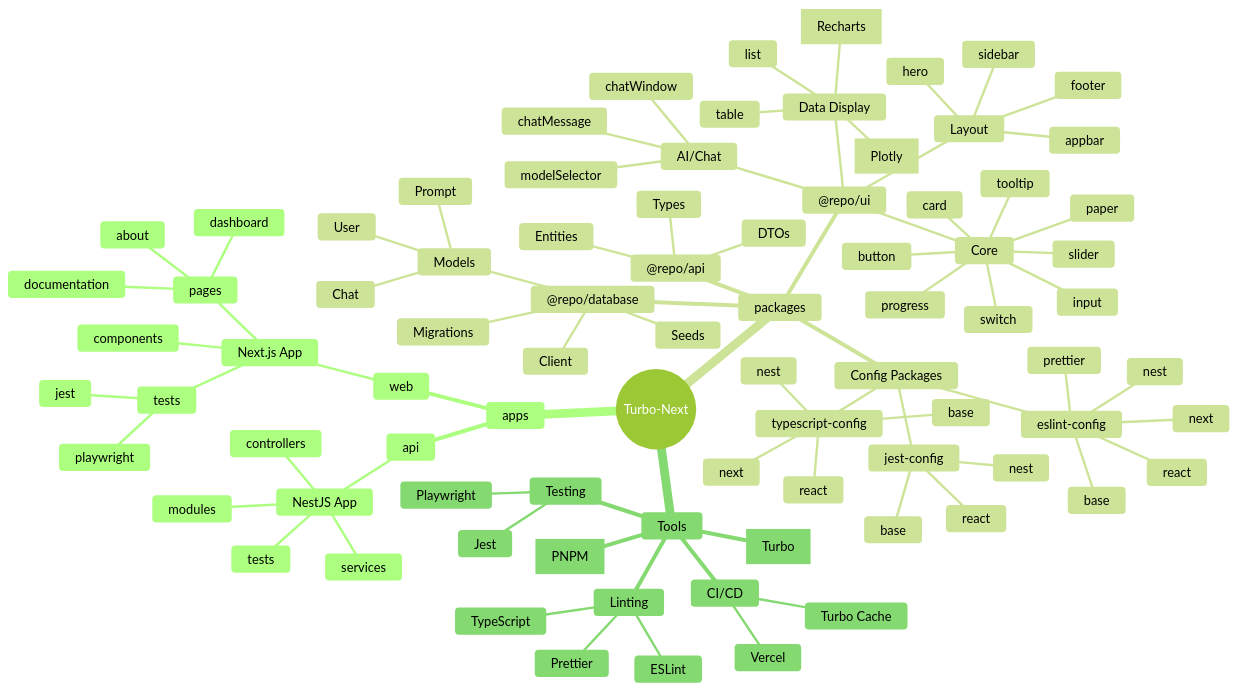
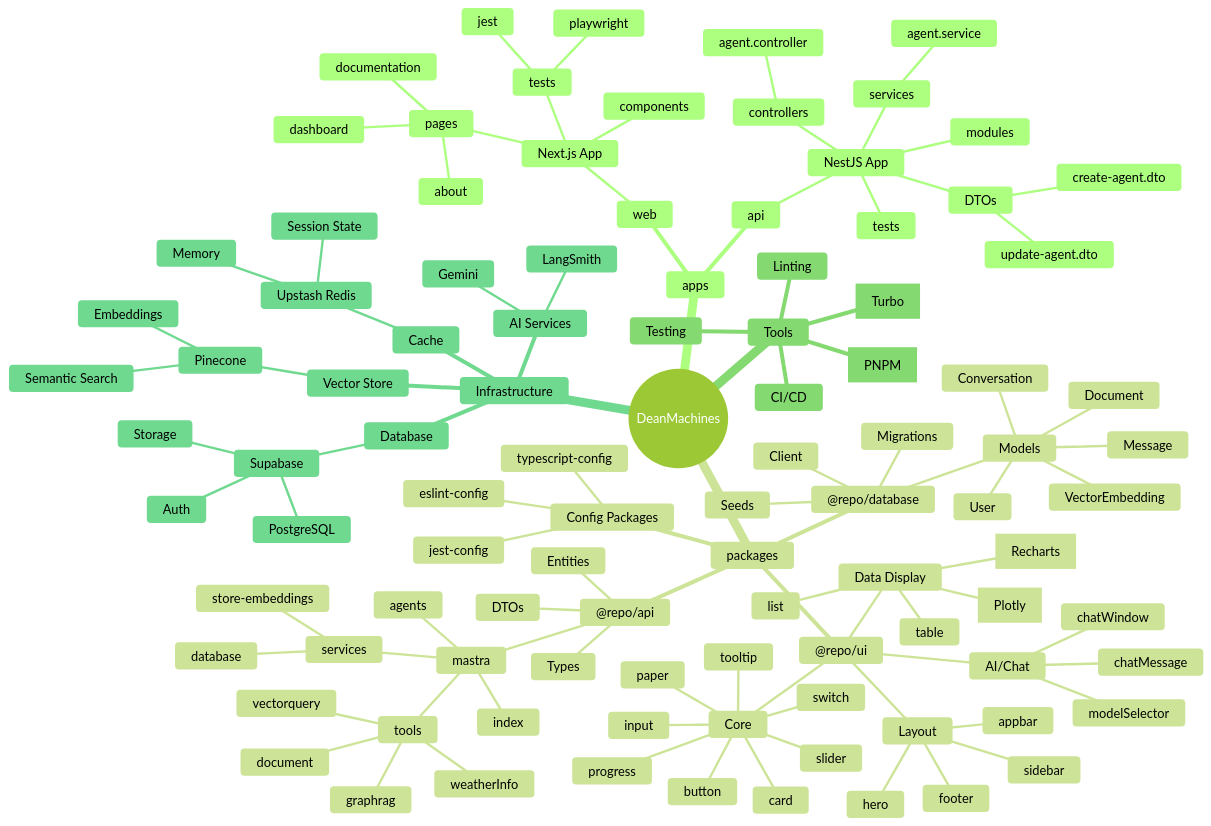
Before and after one commit to ssdeanx/AcidBomb: the first of 2 diagrams in README.md, drawn with Mermaid (forest theme). The commit also changed other lines of this file and 3 other files, not shown here.

````diff
--- a/README.md
+++ b/README.md
@@ -44,6 +75,6 @@
 ```mermaid
 mindmap
-  root((Turbo-Next))
+  root((DeanMachines))
     apps
       web
         Next.js App
@@ -58,8 +89,13 @@
       api
         NestJS App
           controllers
+            agent.controller
           services
+            agent.service
           modules
+          DTOs
+            create-agent.dto
+            update-agent.dto
           tests
     packages
       @repo/ui
@@ -86,45 +122,56 @@
           switch
           slider
           tooltip
+      @repo/api
+        mastra
+          services
+            store-embeddings
+            database
+          tools
+            document
+            graphrag
+            vectorquery
+            weatherInfo
+          agents
+          index
+        DTOs
+        Entities
+        Types
       @repo/database
         Models
           User
-          Prompt
-          Chat
+          Conversation
+          Message
+          Document
+          VectorEmbedding
         Migrations
         Seeds
         Client
-      @repo/api
-        DTOs
-        Entities
-        Types
       Config Packages
         typescript-config
-          base
-          react
-          next
-          nest
         eslint-config
-          base
-          react
-          next
-          nest
-          prettier
         jest-config
-          base
-          react
-          nest
     Tools
       Package Manager[PNPM]
       Build Tool[Turbo]
       Testing
-        Jest
-        Playwright
       Linting
-        ESLint
-        Prettier
-        TypeScript
       CI/CD
-        Turbo Cache
-        Vercel
+    Infrastructure
+      Database
+        Supabase
+          PostgreSQL
+          Auth
+          Storage
+      Vector Store
+        Pinecone
+          Embeddings
+          Semantic Search
+      Cache
+        Upstash Redis
+          Memory
+          Session State
+      AI Services
+        Gemini
+        LangSmith
 ```
````
